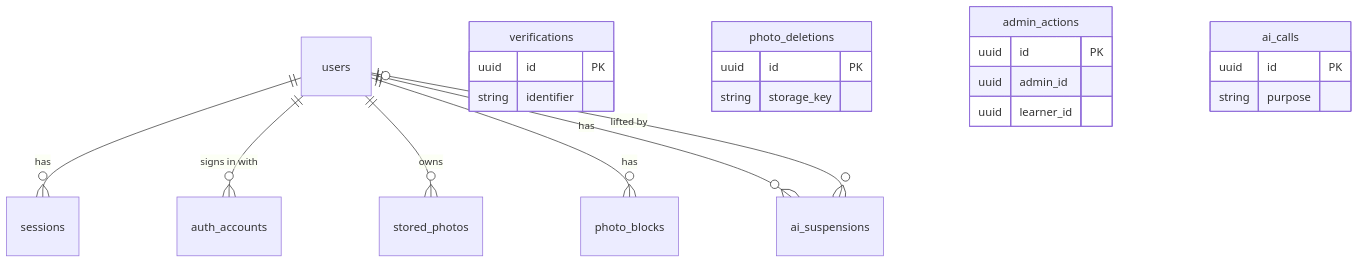
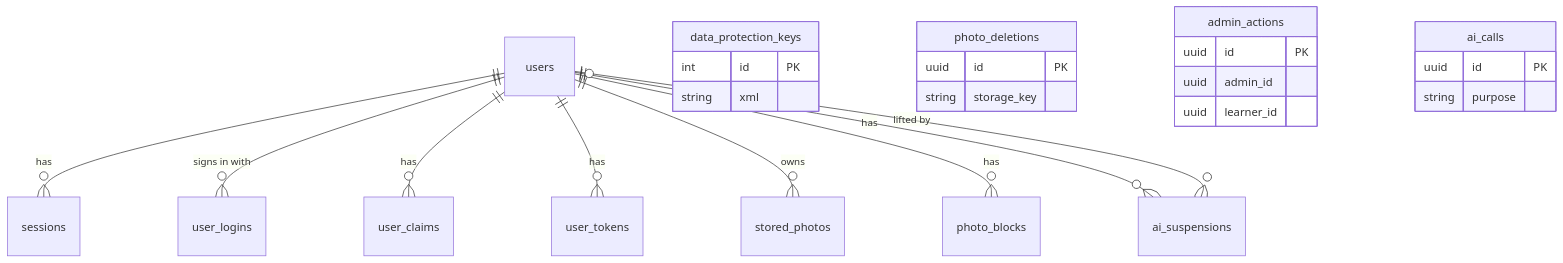
The first of 2 diagrams in code/docs/architecture/data-model.md (cha130y/languze-overview), drawn with Mermaid before and after one commit. The commit also changed other lines of this file and 236 other files, not shown here.

````diff
--- a/code/docs/architecture/data-model.md
+++ b/code/docs/architecture/data-model.md
@@ -27,26 +28,28 @@
 ```mermaid
 erDiagram
   users ||--o{ sessions : "has"
-  users ||--o{ auth_accounts : "signs in with"
+  users ||--o{ user_logins : "signs in with"
+  users ||--o{ user_claims : "has"
+  users ||--o{ user_tokens : "has"
   users ||--o{ stored_photos : "owns"
   users ||--o{ photo_blocks : "has"
   users ||--o{ ai_suspensions : "has"
   users |o--o{ ai_suspensions : "lifted by"
-  verifications {
-    uuid id PK
-    string identifier
+  data_protection_keys {
+    int id PK
+    string xml
   }
   photo_deletions {
     uuid id PK
     string storage_key
   }
   admin_actions {
     uuid id PK
     uuid admin_id
     uuid learner_id
   }
   ai_calls {
     uuid id PK
     string purpose
   }
 ```
````
